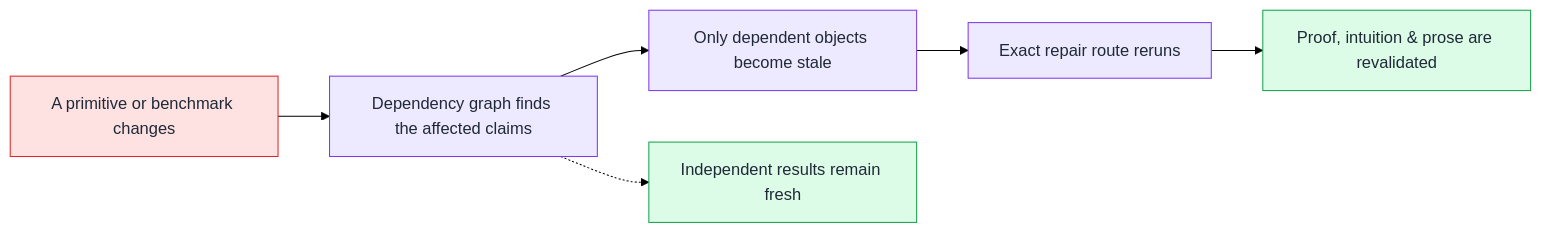
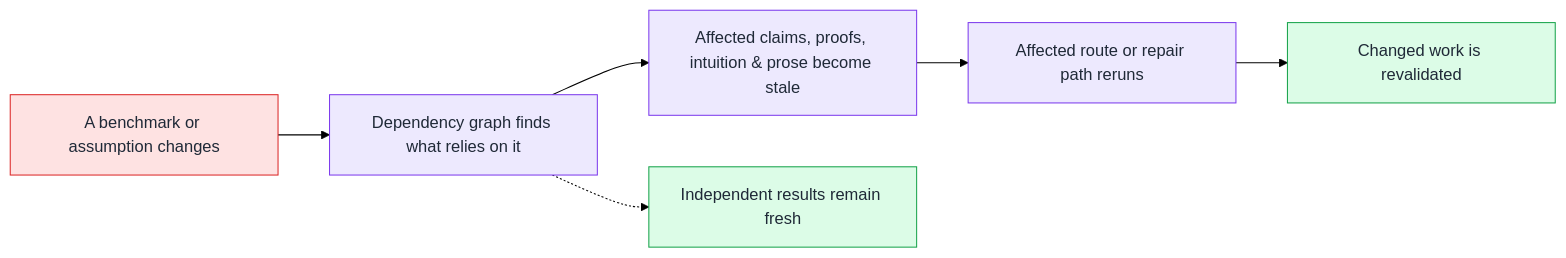
One commit to viplee110/econ-theorist-ai-v2 changed the second of 2 diagrams in README.md. Above: the diagram before and after it, drawn with Mermaid (forest theme). The commit also changed other lines of this file, not shown here.

````diff
--- a/README.md
+++ b/README.md
@@ -196,16 +304,16 @@
 ```mermaid
 flowchart LR
-    C["A primitive or benchmark changes"] --> D["Dependency graph finds the affected claims"]
-    D --> S["Only dependent objects become stale"]
-    S --> X["Exact repair route reruns"]
-    X --> V["Proof, intuition & prose are revalidated"]
+    C["A benchmark or assumption changes"] --> D["Dependency graph finds what relies on it"]
+    D --> S["Affected claims, proofs, intuition & prose become stale"]
+    S --> X["Affected route or repair path reruns"]
+    X --> V["Changed work is revalidated"]
     D -.-> U["Independent results remain fresh"]
 
     classDef change fill:#FEE2E2,stroke:#DC2626,color:#1F2937;
     classDef engine fill:#EDE9FE,stroke:#7C3AED,color:#1F2937;
     classDef result fill:#DCFCE7,stroke:#16A34A,color:#1F2937;
 
     class C change;
     class D,S,X engine;
     class V,U result;
 ```
````
